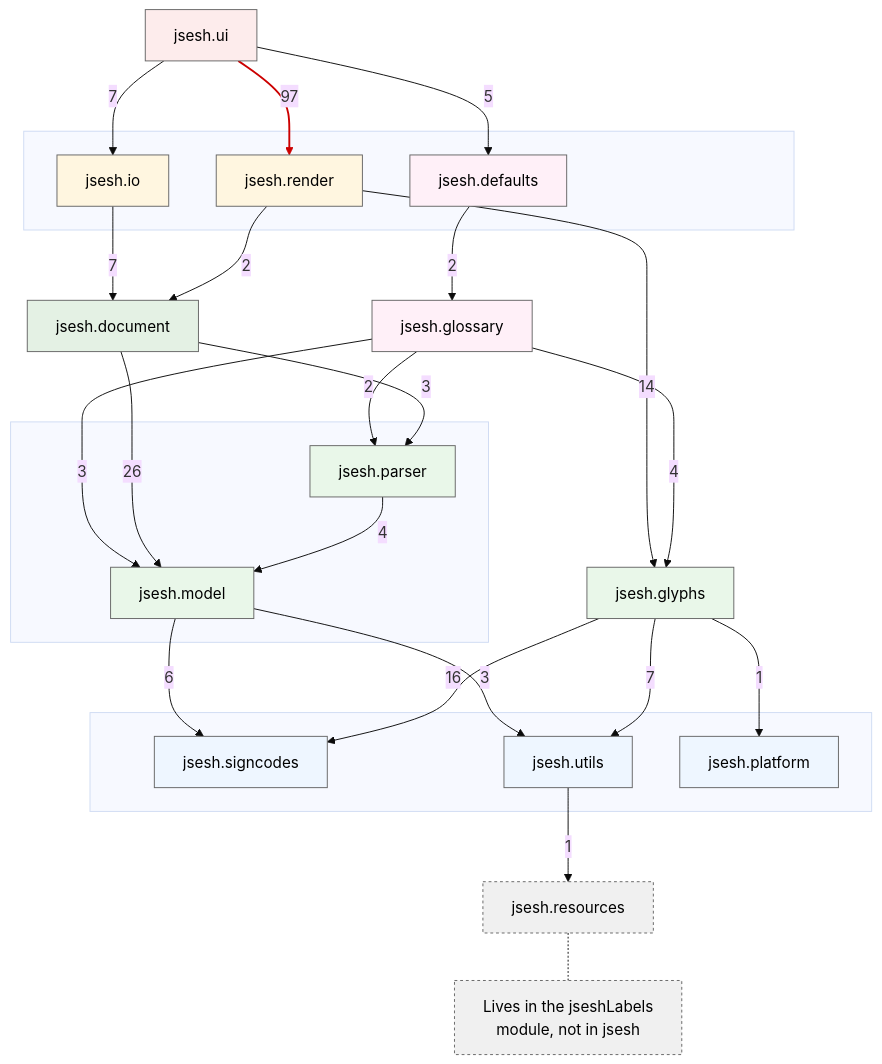
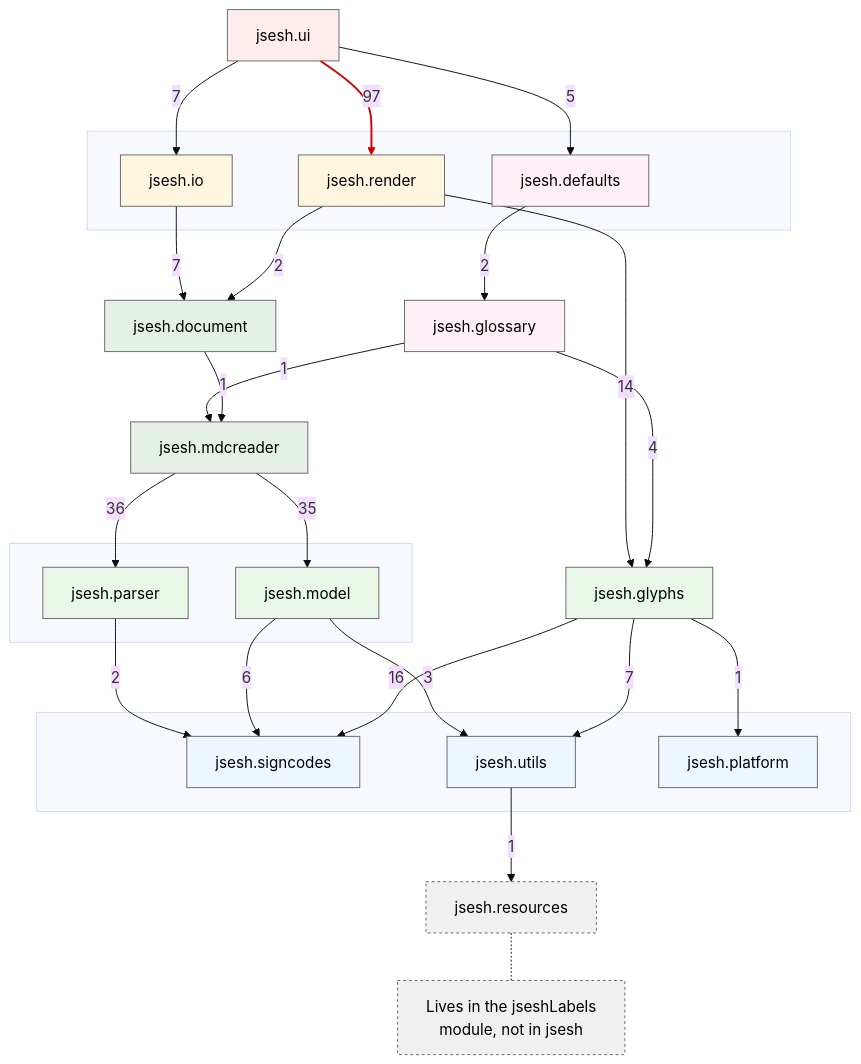
The third of 3 diagrams in 00_Documents/documentation/jsesh-package-dependencies.md (rosmord/jsesh), drawn with Mermaid (base theme) before and after one commit. The commit also changed other lines of this file and 32 other files, not shown here.

Commit message:
separated model and parser completely. Introduced jsesh.mdcreader

````diff
--- a/00_Documents/documentation/jsesh-package-dependencies.md
+++ b/00_Documents/documentation/jsesh-package-dependencies.md
@@ -331,78 +358,81 @@
 ```mermaid
 flowchart TD
-    %% Transitive reduction of the top-level graph (state 2026-07-21).
+    %% Transitive reduction of the top-level graph (state 2026-09-24).
     %% Dropped because a path already existed:
     %%   ui -> {model, parser, glyphs, utils, document, resources, signcodes,
     %%          glossary, platform}
-    %%   render -> {model, parser, signcodes, utils, platform}
-    %%   io -> {model, parser, signcodes, utils}
+    %%   render -> {model, parser, mdcreader, signcodes, utils, platform}
+    %%   io -> {model, parser, mdcreader, signcodes, utils}
+    %%   document -> {model, parser}
     %%   defaults -> {glyphs, signcodes, utils}
-    %%   glossary -> {signcodes, utils}
+    %%   glossary -> {model, parser, signcodes, utils}
 
     classDef base fill:#EEF6FF,stroke:#666,color:#000;
     classDef core fill:#E9F7E9,stroke:#666,color:#000;
     classDef docLayer fill:#E4F1E4,stroke:#666,color:#000;
     classDef mid fill:#FFF6E0,stroke:#666,color:#000;
     classDef conf fill:#FFF0F8,stroke:#666,color:#000;
     classDef uiStyle fill:#FDECEC,stroke:#666,color:#000;
     classDef ext fill:#F0F0F0,stroke:#666,color:#000,stroke-dasharray: 3 3;
 
     ui[jsesh.ui]:::uiStyle
 
     subgraph MidRow[" "]
         io[jsesh.io]
         render[jsesh.render]
         defaults[jsesh.defaults]
     end
 
     gloss[jsesh.glossary]
     doc[jsesh.document]
+    mdc[jsesh.mdcreader]
 
-    subgraph CoreKnot[" "]
+    subgraph CoreRow[" "]
         model[jsesh.model]
         parser[jsesh.parser]
     end
 
     glyphs[jsesh.glyphs]
 
     subgraph BaseRow[" "]
         signcodes[jsesh.signcodes]
         utils[jsesh.utils]
         platform[jsesh.platform]
     end
 
     res[jsesh.resources]
 
     ui -->|97| render
     ui -->|7| io
     ui -->|5| defaults
     io -->|7| doc
     render -->|14| glyphs
     render -->|2| doc
     defaults -->|2| gloss
     gloss -->|4| glyphs
-    gloss -->|3| model
-    gloss -->|2| parser
-    doc -->|26| model
-    doc -->|3| parser
-    parser -->|4| model
+    gloss -->|1| mdc
+    doc -->|1| mdc
+    mdc -->|35| model
+    mdc -->|36| parser
+    parser -->|2| signcodes
     model -->|6| signcodes
     model -->|3| utils
     glyphs -->|16| signcodes
     glyphs -->|7| utils
     glyphs -->|1| platform
     utils -->|1| res
     res -.- resNote["Lives in the jseshLabels<br/>module, not in jsesh"]
 
     class io,render mid;
     class defaults conf;
     class gloss conf;
     class doc docLayer;
+    class mdc docLayer;
     class model,parser core;
     class glyphs core;
     class signcodes,utils base;
     class platform base;
     class res,resNote ext;
 
     linkStyle 0 stroke:#cc0000,stroke-width:2px;
 ```
````
